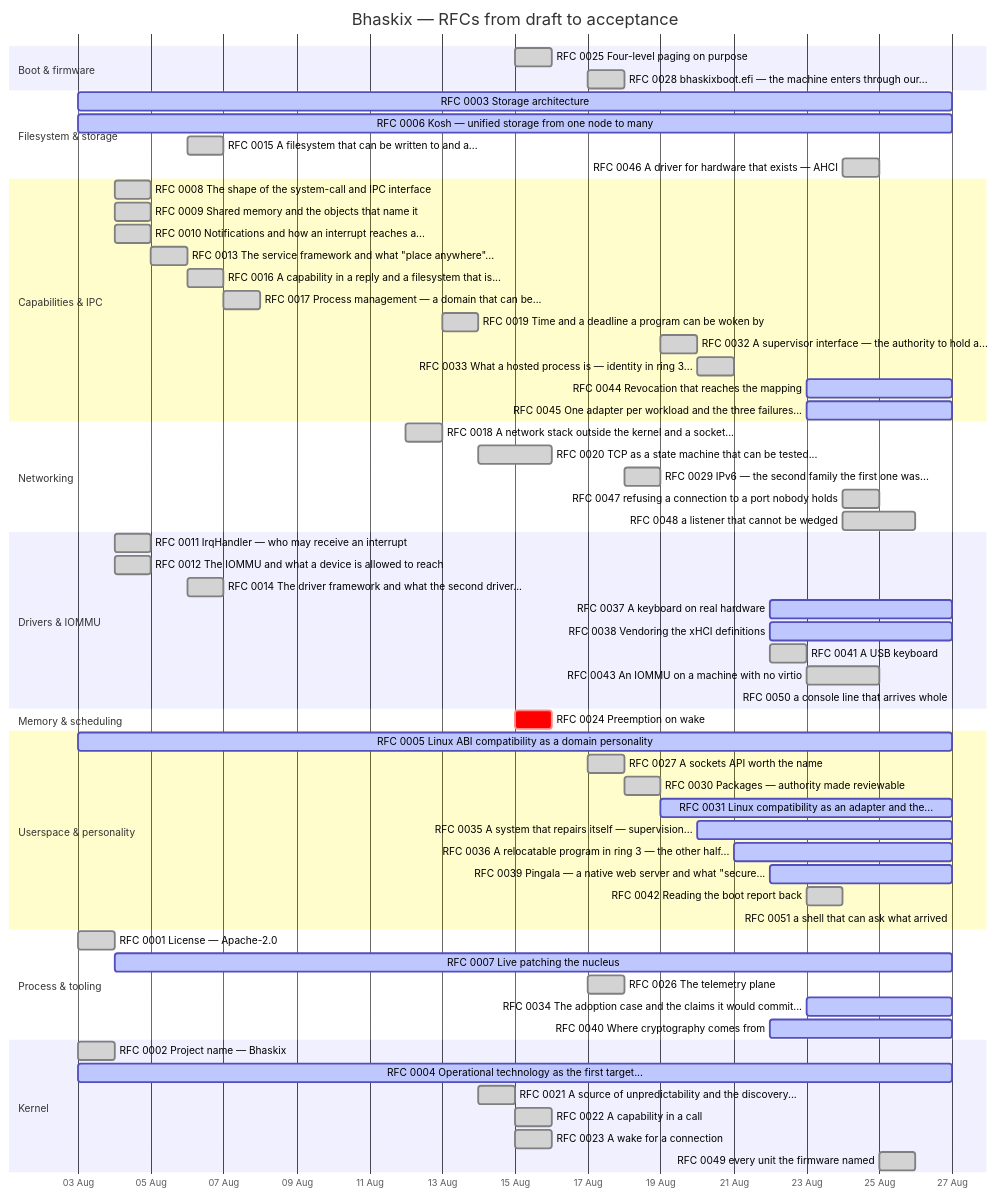
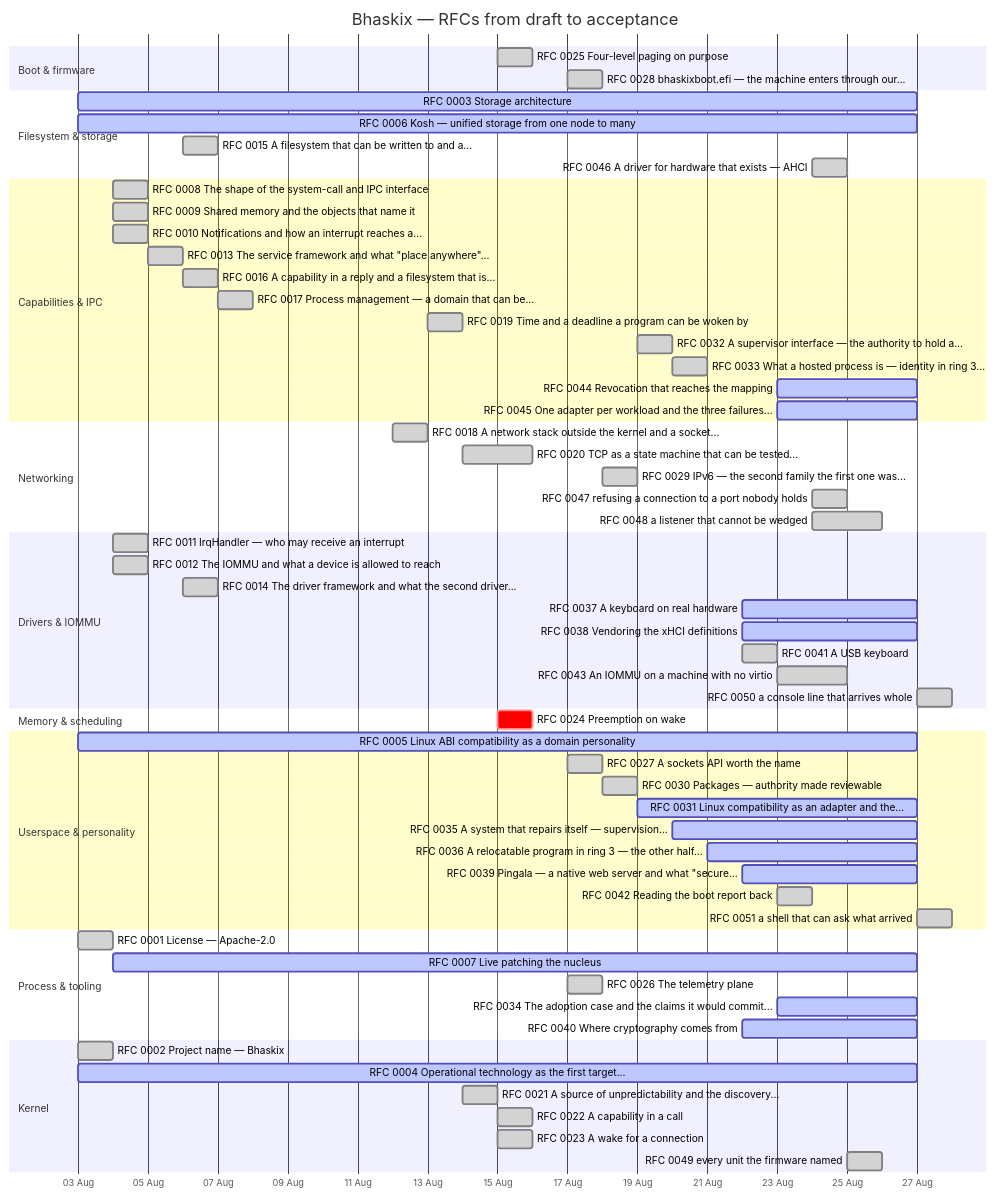
The diagram in docs/progress.md (bhaskix/bhaskix), drawn with Mermaid before and after one commit. The commit also changed other lines of this file and 3 other files, not shown here.

First line of the commit message:
docs: RFC 0050 and RFC 0051 accepted, each with what acceptance does not claim

````diff
--- a/docs/progress.md
+++ b/docs/progress.md
@@ -24,67 +24,67 @@
 ```mermaid
 gantt
     title Bhaskix — RFCs from draft to acceptance
     dateFormat YYYY-MM-DD
     axisFormat %d %b
     todayMarker off
     section Boot & firmware
     RFC 0025 Four-level paging on purpose :done, r0025, 2026-08-15, 2026-08-16
     RFC 0028 bhaskixboot.efi — the machine enters through our... :done, r0028, 2026-08-17, 2026-08-18
     section Filesystem & storage
     RFC 0003 Storage architecture :active, r0003, 2026-08-03, 2026-08-27
     RFC 0006 Kosh — unified storage from one node to many :active, r0006, 2026-08-03, 2026-08-27
     RFC 0015 A filesystem that can be written to and a... :done, r0015, 2026-08-06, 1d
     RFC 0046 A driver for hardware that exists — AHCI :done, r0046, 2026-08-24, 1d
     section Capabilities & IPC
     RFC 0008 The shape of the system-call and IPC interface :done, r0008, 2026-08-04, 1d
     RFC 0009 Shared memory and the objects that name it :done, r0009, 2026-08-04, 1d
     RFC 0010 Notifications and how an interrupt reaches a... :done, r0010, 2026-08-04, 1d
     RFC 0013 The service framework and what "place anywhere"... :done, r0013, 2026-08-05, 1d
     RFC 0016 A capability in a reply and a filesystem that is... :done, r0016, 2026-08-06, 2026-08-07
     RFC 0017 Process management — a domain that can be... :done, r0017, 2026-08-07, 1d
     RFC 0019 Time and a deadline a program can be woken by :done, r0019, 2026-08-13, 2026-08-14
     RFC 0032 A supervisor interface — the authority to hold a... :done, r0032, 2026-08-19, 2026-08-20
     RFC 0033 What a hosted process is — identity in ring 3... :done, r0033, 2026-08-20, 1d
     RFC 0044 Revocation that reaches the mapping :active, r0044, 2026-08-23, 2026-08-27
     RFC 0045 One adapter per workload and the three failures... :active, r0045, 2026-08-23, 2026-08-27
     section Networking
     RFC 0018 A network stack outside the kernel and a socket... :done, r0018, 2026-08-12, 2026-08-13
     RFC 0020 TCP as a state machine that can be tested... :done, r0020, 2026-08-14, 2026-08-16
     RFC 0029 IPv6 — the second family the first one was... :done, r0029, 2026-08-18, 1d
     RFC 0047 refusing a connection to a port nobody holds :done, r0047, 2026-08-24, 1d
     RFC 0048 a listener that cannot be wedged :done, r0048, 2026-08-24, 2026-08-26
     section Drivers & IOMMU
     RFC 0011 IrqHandler — who may receive an interrupt :done, r0011, 2026-08-04, 1d
     RFC 0012 The IOMMU and what a device is allowed to reach :done, r0012, 2026-08-04, 1d
     RFC 0014 The driver framework and what the second driver... :done, r0014, 2026-08-06, 1d
     RFC 0037 A keyboard on real hardware :active, r0037, 2026-08-22, 2026-08-27
     RFC 0038 Vendoring the xHCI definitions :active, r0038, 2026-08-22, 2026-08-27
     RFC 0041 A USB keyboard :done, r0041, 2026-08-22, 2026-08-23
     RFC 0043 An IOMMU on a machine with no virtio :done, r0043, 2026-08-23, 2026-08-25
-    RFC 0050 a console line that arrives whole :active, r0050, 2026-08-27, 2026-08-27
+    RFC 0050 a console line that arrives whole :done, r0050, 2026-08-27, 1d
     section Memory & scheduling
     RFC 0024 Preemption on wake :crit, r0024, 2026-08-15, 1d
     section Userspace & personality
     RFC 0005 Linux ABI compatibility as a domain personality :active, r0005, 2026-08-03, 2026-08-27
     RFC 0027 A sockets API worth the name :done, r0027, 2026-08-17, 1d
     RFC 0030 Packages — authority made reviewable :done, r0030, 2026-08-18, 2026-08-19
     RFC 0031 Linux compatibility as an adapter and the... :active, r0031, 2026-08-19, 2026-08-27
     RFC 0035 A system that repairs itself — supervision... :active, r0035, 2026-08-20, 2026-08-27
     RFC 0036 A relocatable program in ring 3 — the other half... :active, r0036, 2026-08-21, 2026-08-27
     RFC 0039 Pingala — a native web server and what "secure... :active, r0039, 2026-08-22, 2026-08-27
     RFC 0042 Reading the boot report back :done, r0042, 2026-08-23, 1d
-    RFC 0051 a shell that can ask what arrived :active, r0051, 2026-08-27, 2026-08-27
+    RFC 0051 a shell that can ask what arrived :done, r0051, 2026-08-27, 1d
     section Process & tooling
     RFC 0001 License — Apache-2.0 :done, r0001, 2026-08-03, 1d
     RFC 0007 Live patching the nucleus :active, r0007, 2026-08-04, 2026-08-27
     RFC 0026 The telemetry plane :done, r0026, 2026-08-17, 1d
     RFC 0034 The adoption case and the claims it would commit... :active, r0034, 2026-08-23, 2026-08-27
     RFC 0040 Where cryptography comes from :active, r0040, 2026-08-22, 2026-08-27
     section Kernel
     RFC 0002 Project name — Bhaskix :done, r0002, 2026-08-03, 1d
     RFC 0004 Operational technology as the first target... :active, r0004, 2026-08-03, 2026-08-27
     RFC 0021 A source of unpredictability and the discovery... :done, r0021, 2026-08-14, 1d
     RFC 0022 A capability in a call :done, r0022, 2026-08-15, 2026-08-16
     RFC 0023 A wake for a connection :done, r0023, 2026-08-15, 2026-08-16
     RFC 0049 every unit the firmware named :done, r0049, 2026-08-25, 1d
 ```
````
